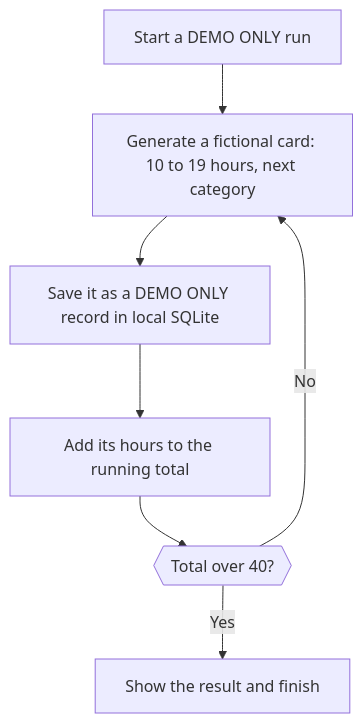
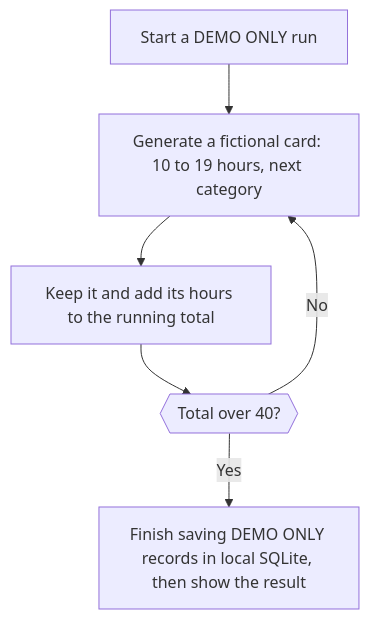
The diagram in lessons/intro.md (dullroar/code-challenge), drawn with Mermaid before and after one commit. The commit also changed other lines of this file and 79 other files, not shown here.

````diff
--- a/lessons/intro.md
+++ b/lessons/intro.md
@@ -13,11 +15,10 @@
 ```mermaid
 flowchart TD
     accTitle: What the challenge does
-    accDescr: A flowchart of the shared task. Start a DEMO ONLY run. Generate a fictional time card of 10 to 19 hours, with a category that cycles through Meetings, Coding, Debugging and Learning. Save it as a DEMO ONLY record in a local SQLite file. Add its hours to the running total. If the total is 40 or less, generate another card. If the total is over 40, show the result and finish.
+    accDescr: A flowchart of the shared task. Start a DEMO ONLY run. Generate a fictional time card of 10 to 19 hours, with a category that cycles through Meetings, Coding, Debugging and Learning. Keep the card and add its hours to the running total. If the total is 40 or less, generate another card. If the total is over 40, finish saving the kept cards as DEMO ONLY records in local SQLite and show the result.
     A["Start a DEMO ONLY run"] --> B["Generate a fictional card: 10 to 19 hours, next category"]
-    B --> C["Save it as a DEMO ONLY record in local SQLite"]
-    C --> D["Add its hours to the running total"]
-    D --> E{{"Total over 40?"}}
-    E -->|No| B
-    E -->|Yes| F["Show the result and finish"]
+    B --> C["Keep it and add its hours to the running total"]
+    C --> D{{"Total over 40?"}}
+    D -->|No| B
+    D -->|Yes| E["Finish saving DEMO ONLY records in local SQLite, then show the result"]
 ```
````
